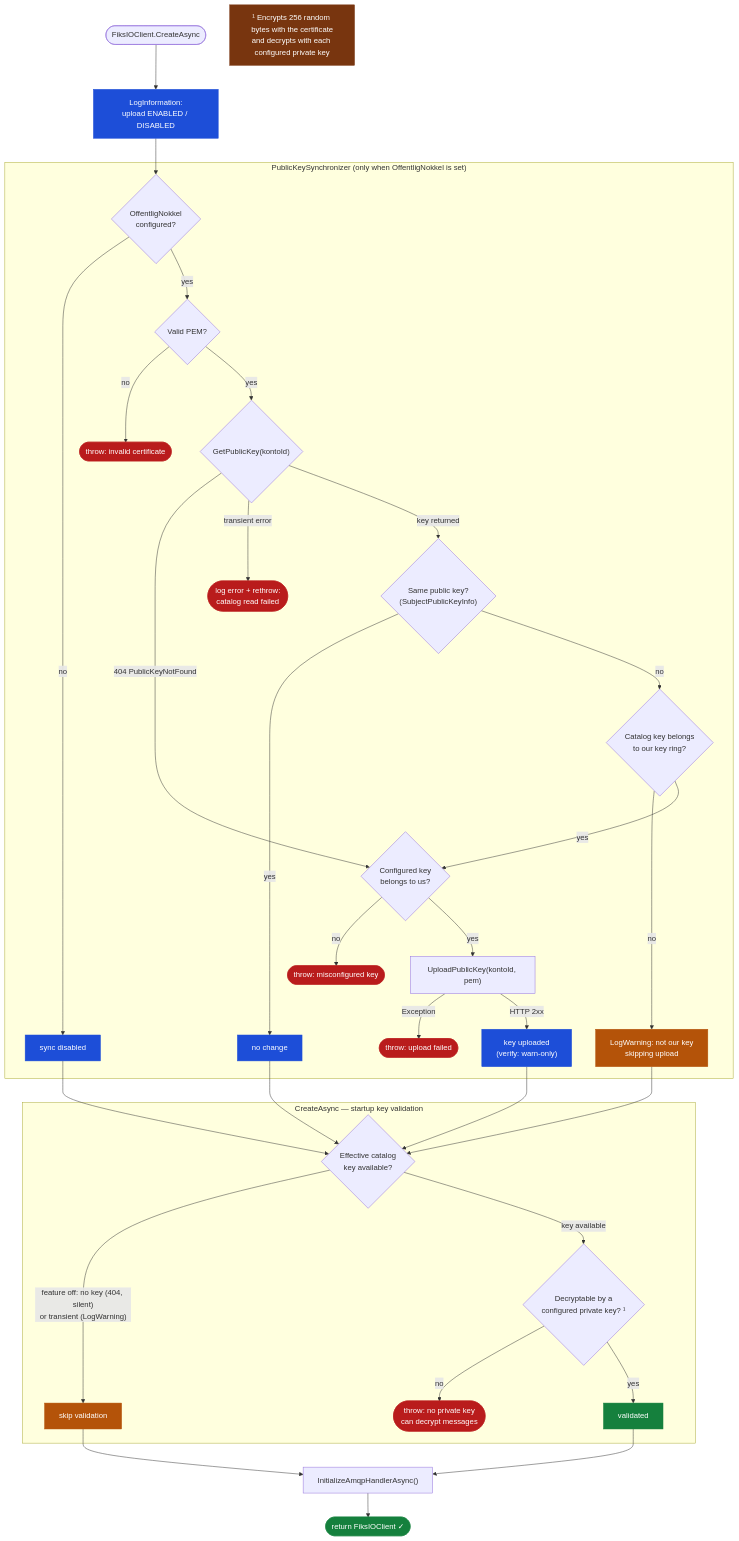
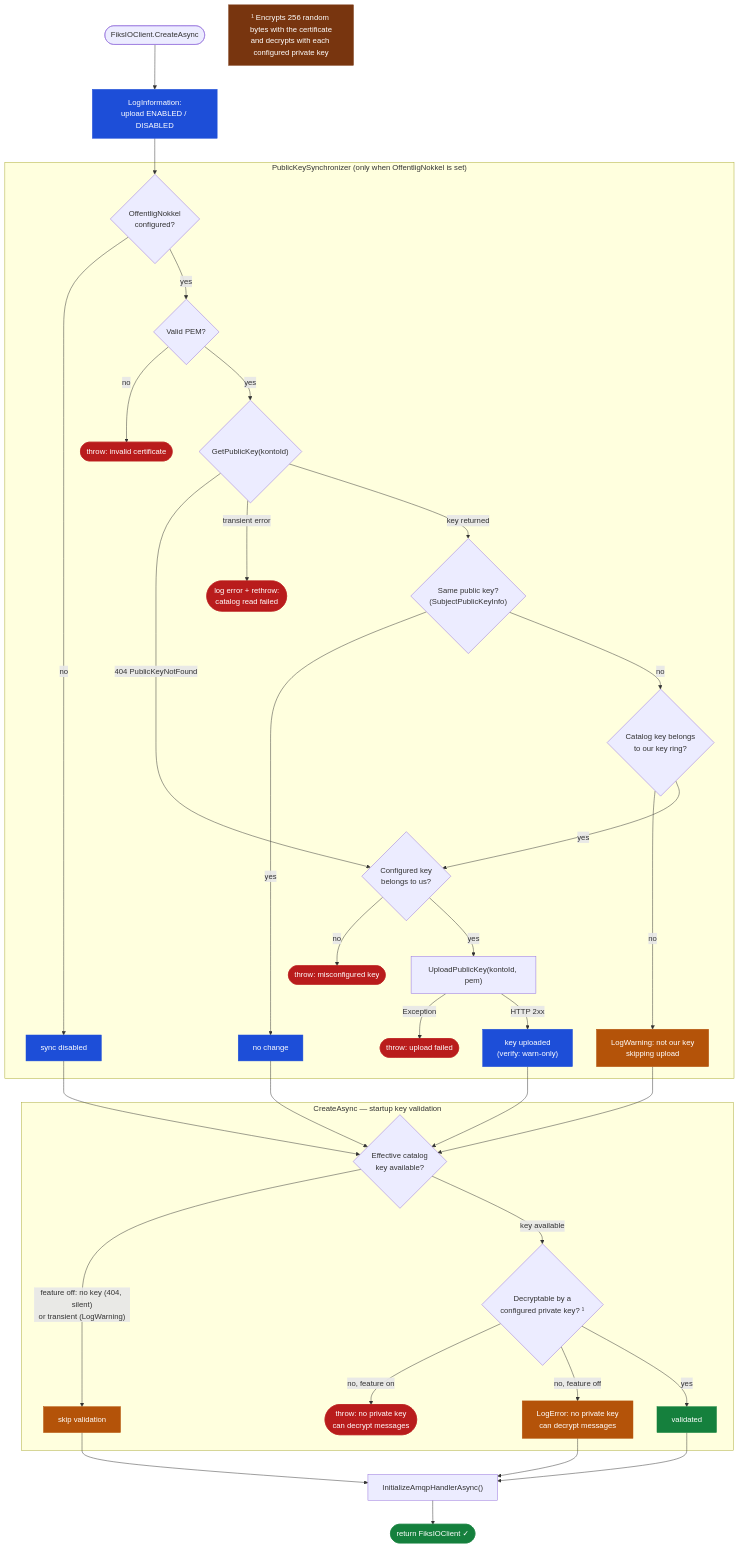
Before and after one commit to ks-no/fiks-io-client-dotnet: the diagram in docs/AutomaticPublicKeySync.md, drawn with Mermaid. The commit also changed other lines of this file and 4 other files, not shown here.

````diff
--- a/docs/AutomaticPublicKeySync.md
+++ b/docs/AutomaticPublicKeySync.md
@@ -77,57 +79,59 @@
 ```mermaid
 flowchart TD
     classDef error   fill:#b91c1c,stroke:#b91c1c,color:#fff
     classDef warn    fill:#b45309,stroke:#b45309,color:#fff
     classDef info    fill:#1d4ed8,stroke:#1d4ed8,color:#fff
     classDef success fill:#15803d,stroke:#15803d,color:#fff
 
     START(["FiksIOClient.CreateAsync"]) --> LOG["LogInformation:\nupload ENABLED / DISABLED"]:::info
     LOG --> A
 
     subgraph SYNC ["PublicKeySynchronizer (only when OffentligNokkel is set)"]
         A{OffentligNokkel\nconfigured?}
         A -->|no| SKIP["sync disabled"]:::info
         A -->|yes| B{Valid PEM?}
 
         B -->|no| ERR1(["throw: invalid certificate"]):::error
         B -->|yes| C{"GetPublicKey(kontoId)"}
 
         C -->|404 PublicKeyNotFound| G
         C -->|transient error| ERR3(["log error + rethrow:\ncatalog read failed"]):::error
         C -->|key returned| D
 
         D{"Same public key?\n(SubjectPublicKeyInfo)"}
         D -->|yes| SKIP2["no change"]:::info
         D -->|no| F{Catalog key belongs\nto our key ring?}
 
         F -->|no| W2["LogWarning: not our key\nskipping upload"]:::warn
         F -->|yes| G
 
         G{Configured key\nbelongs to us?}
         G -->|no| ERR2(["throw: misconfigured key"]):::error
         G -->|yes| H["UploadPublicKey(kontoId, pem)"]
 
         H -->|Exception| ERR3b(["throw: upload failed"]):::error
         H -->|HTTP 2xx| OK["key uploaded\n(verify: warn-only)"]:::info
     end
 
     SKIP  --> VAL
     SKIP2 --> VAL
     W2    --> VAL
     OK    --> VAL
 
     subgraph VALIDATE ["CreateAsync — startup key validation"]
         VAL{Effective catalog\nkey available?}
         VAL -->|"feature off: no key (404, silent)<br/>or transient (LogWarning)"| CONT["skip validation"]:::warn
         VAL -->|key available| VC{Decryptable by a\nconfigured private key? ¹}
-        VC -->|no| ERR4(["throw: no private key\ncan decrypt messages"]):::error
+        VC -->|no, feature on| ERR4(["throw: no private key\ncan decrypt messages"]):::error
+        VC -->|no, feature off| LOGERR["LogError: no private key\ncan decrypt messages"]:::warn
         VC -->|yes| PASS["validated"]:::success
     end
 
     CONT --> AMQP
+    LOGERR --> AMQP
     PASS --> AMQP
     AMQP["InitializeAmqpHandlerAsync()"] --> DONE(["return FiksIOClient ✓"]):::success
 
     note["¹ Encrypts 256 random bytes with the certificate\nand decrypts with each configured private key"]
     style note fill:#78350f,stroke:#78350f,color:#fff
 ```
````
